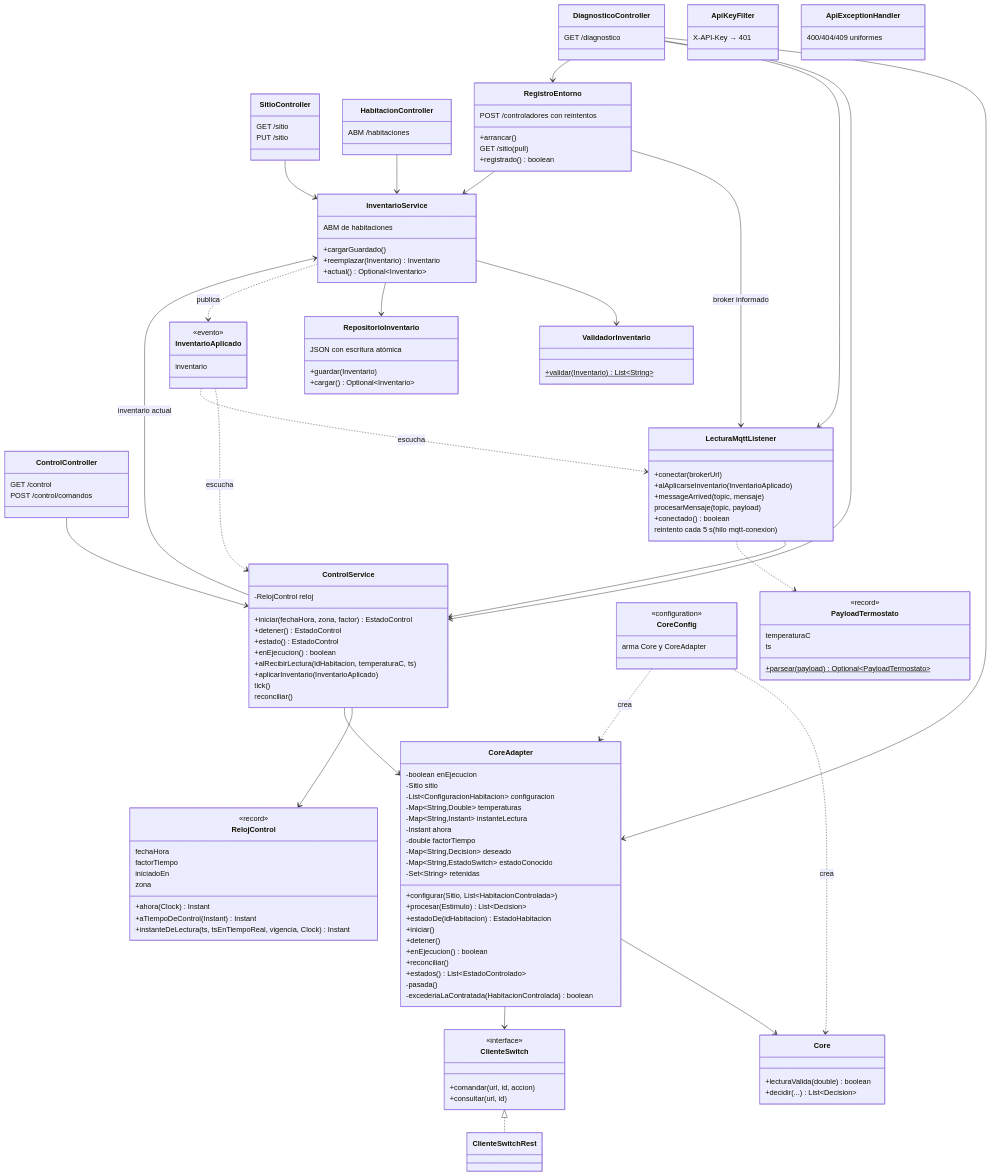
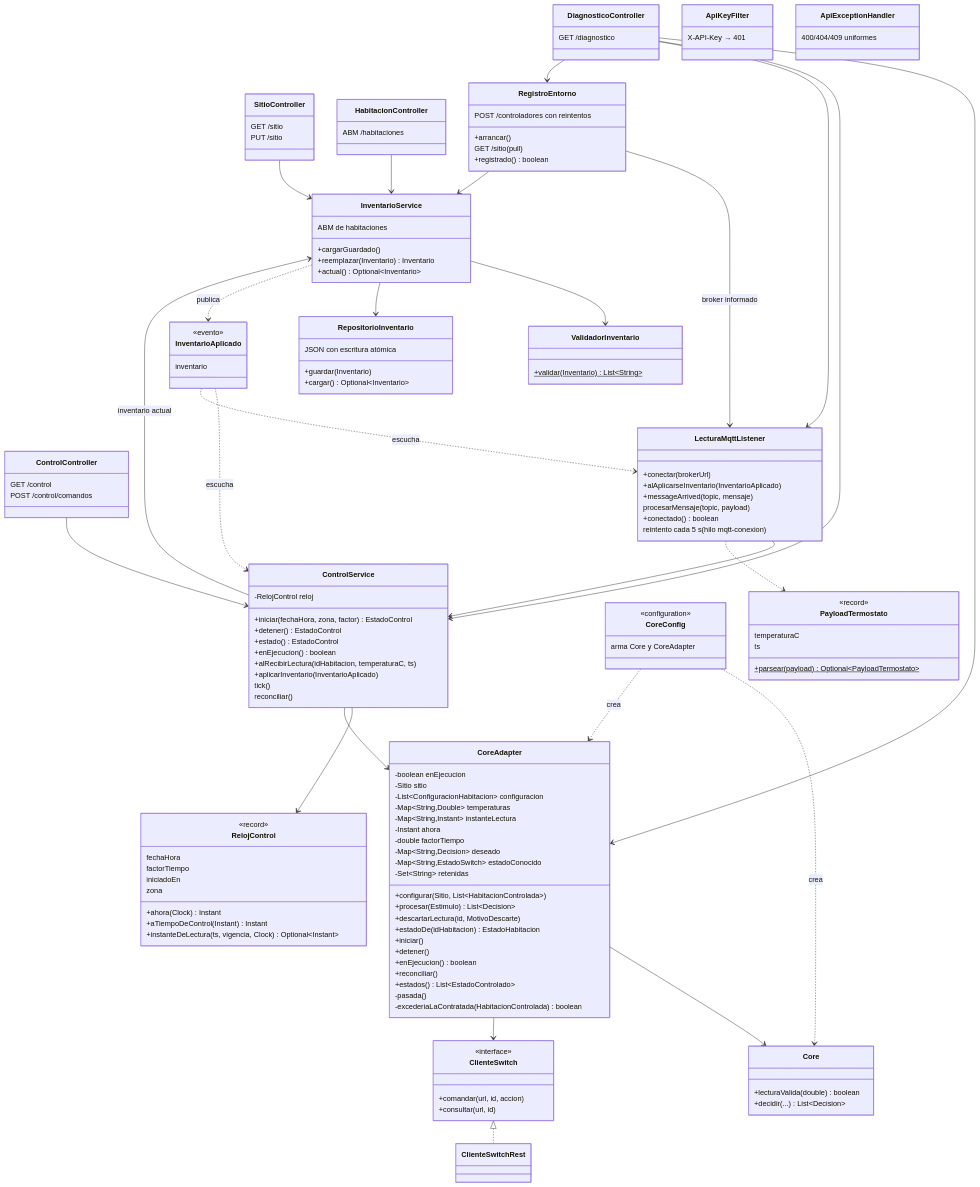
The third of 9 diagrams in docs/arquitectura/4mas1.md (BrayanBCode/iiss-2026-grupo-4), drawn with Mermaid before and after one commit. The commit also changed other lines of this file and 12 other files, not shown here.

First line of the commit message:
engine: ts en hora real convertido a la hora del control y descarte de lecturas viejas

```diff
--- a/docs/arquitectura/4mas1.md
+++ b/docs/arquitectura/4mas1.md
@@ -267,7 +267,7 @@
       zona
       +ahora(Clock) Instant
       +aTiempoDeControl(Instant) Instant
-      +instanteDeLectura(ts, tsEnTiempoReal, vigencia, Clock) Instant
+      +instanteDeLectura(ts, vigencia, Clock) Optional~Instant~
     }
 
     class CoreAdapter {
@@ -283,6 +283,7 @@
       -Set~String~ retenidas
       +configurar(Sitio, List~HabitacionControlada~)
       +procesar(Estimulo) List~Decision~
+      +descartarLectura(id, MotivoDescarte)
       +estadoDe(idHabitacion) EstadoHabitacion
       +iniciar()
       +detener()
```
